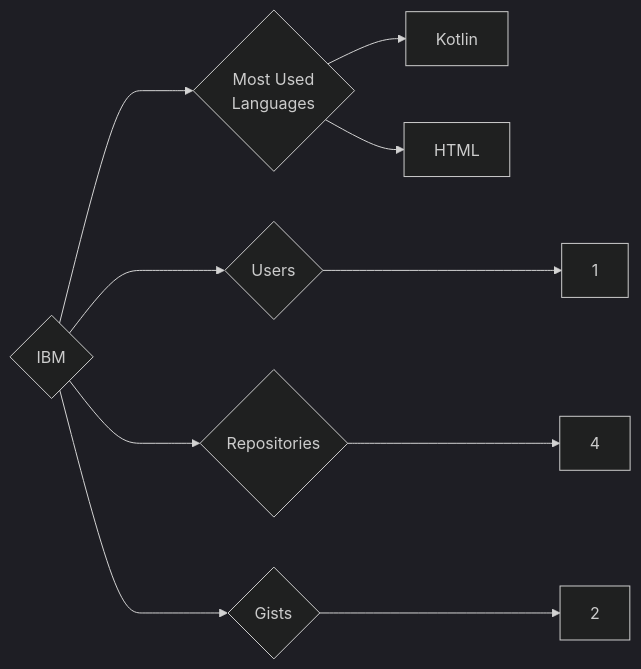
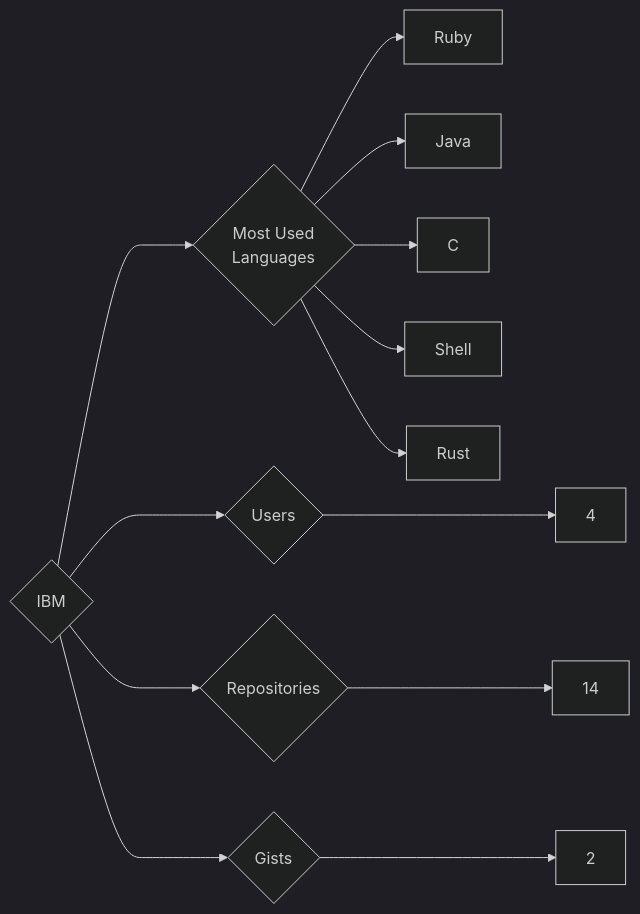
One commit to trickest/insiders changed the diagram in targets/IBM/README.md. Above: the diagram before and after it, drawn with Mermaid (dark theme). The commit also changed 938 other files, not shown here.

````diff
--- a/targets/IBM/README.md
+++ b/targets/IBM/README.md
@@ -3,10 +3,13 @@
 ```mermaid
 graph LR
 COMPANY_NAME{IBM}
-COMPANY_NAME ---> U{Users} ---> UN[1]
-COMPANY_NAME ---> R{Repositories} ---> RN[4]
+COMPANY_NAME ---> U{Users} ---> UN[4]
+COMPANY_NAME ---> R{Repositories} ---> RN[14]
 COMPANY_NAME ---> G{Gists} ---> GN[2]
 COMPANY_NAME ---> ML{Most Used<br>Languages}
-ML --> Kotlin[Kotlin]
-ML --> HTML[HTML]
+ML --> Ruby[Ruby]
+ML --> Java[Java]
+ML --> C[C]
+ML --> Shell[Shell]
+ML --> Rust[Rust]
 ```
````
